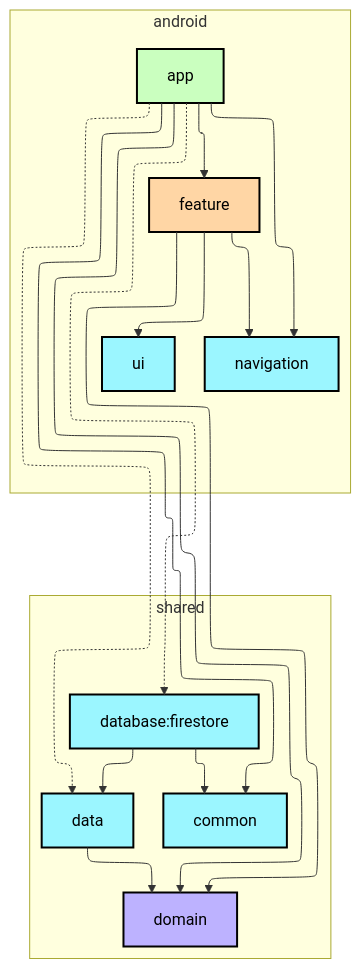
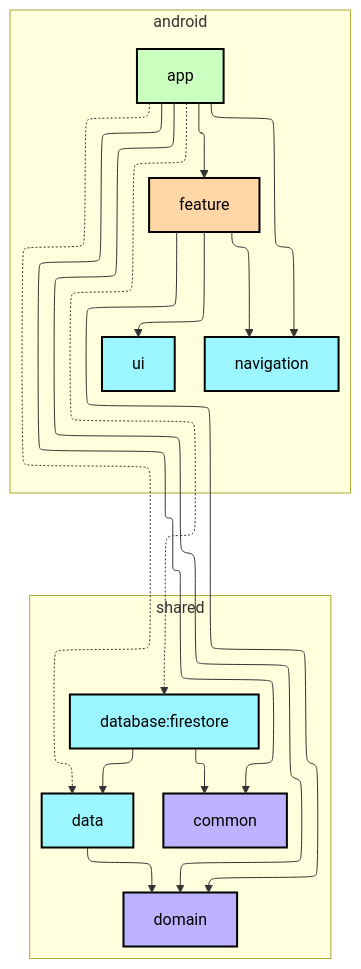
The diagram in README.md (Kaito-Dogi/smopin), drawn with Mermaid before and after one commit.

Commit message:
doc: モジュール構成図を修正

````diff
--- a/README.md
+++ b/README.md
@@ -47,51 +47,51 @@
 ```mermaid
 ---
 config:
   layout: elk
   elk:
     nodePlacementStrategy: SIMPLE
 ---
 graph TB
   subgraph android
     direction TB
     android:app[app]:::android-application
     android:feature[feature]:::android-feature
     android:navigation[navigation]:::android-library
     android:ui[ui]:::android-library
   end
 
   subgraph shared
     direction TB
-    shared:common[common]:::android-library
+    shared:common[common]:::jvm-library
     shared:data[data]:::android-library
     shared:database:firestore[database:firestore]:::android-library
     shared:domain[domain]:::jvm-library
   end
 
   %% app dependencies
   android:app --> android:feature
   android:app --> android:navigation
   android:app --> shared:common
   android:app --> shared:domain
   android:app -.-> shared:data
   android:app -.-> shared:database:firestore
 
   %% feature dependencies
   android:feature --> shared:domain
   android:feature --> android:navigation
   android:feature --> android:ui
 
   %% data layer
   shared:data --> shared:domain
 
   %% firestore
   shared:database:firestore --> shared:common
   shared:database:firestore --> shared:data
 
 classDef android-application fill:#CAFFBF,stroke:#000,stroke-width:2px,color:#000;
 classDef android-feature fill:#FFD6A5,stroke:#000,stroke-width:2px,color:#000;
 classDef android-library fill:#9BF6FF,stroke:#000,stroke-width:2px,color:#000;
 classDef android-test fill:#A0C4FF,stroke:#000,stroke-width:2px,color:#000;
 classDef jvm-library fill:#BDB2FF,stroke:#000,stroke-width:2px,color:#000;
 classDef unknown fill:#FFADAD,stroke:#000,stroke-width:2px,color:#000;
 ```
````
